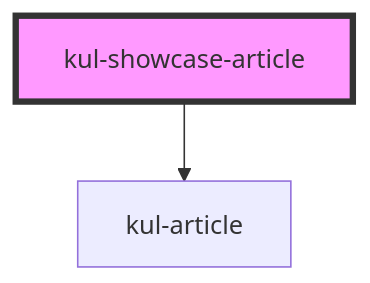
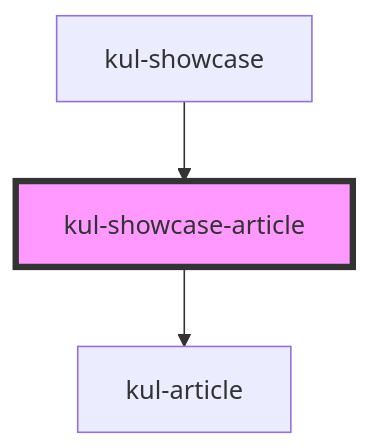
One commit to lucafoscili/ketchup-lite changed the diagram in packages/ketchup-lite/src/components/kul-showcase/components/article/readme.md. Above: the diagram before and after it, drawn with Mermaid. The commit also changed other lines of this file and 45 other files, not shown here.

````diff
--- a/packages/ketchup-lite/src/components/kul-showcase/components/article/readme.md
+++ b/packages/ketchup-lite/src/components/kul-showcase/components/article/readme.md
@@ -23,5 +27,6 @@
 ```mermaid
 graph TD;
   kul-showcase-article --> kul-article
+  kul-showcase --> kul-showcase-article
   style kul-showcase-article fill:#f9f,stroke:#333,stroke-width:4px
 ```
````
